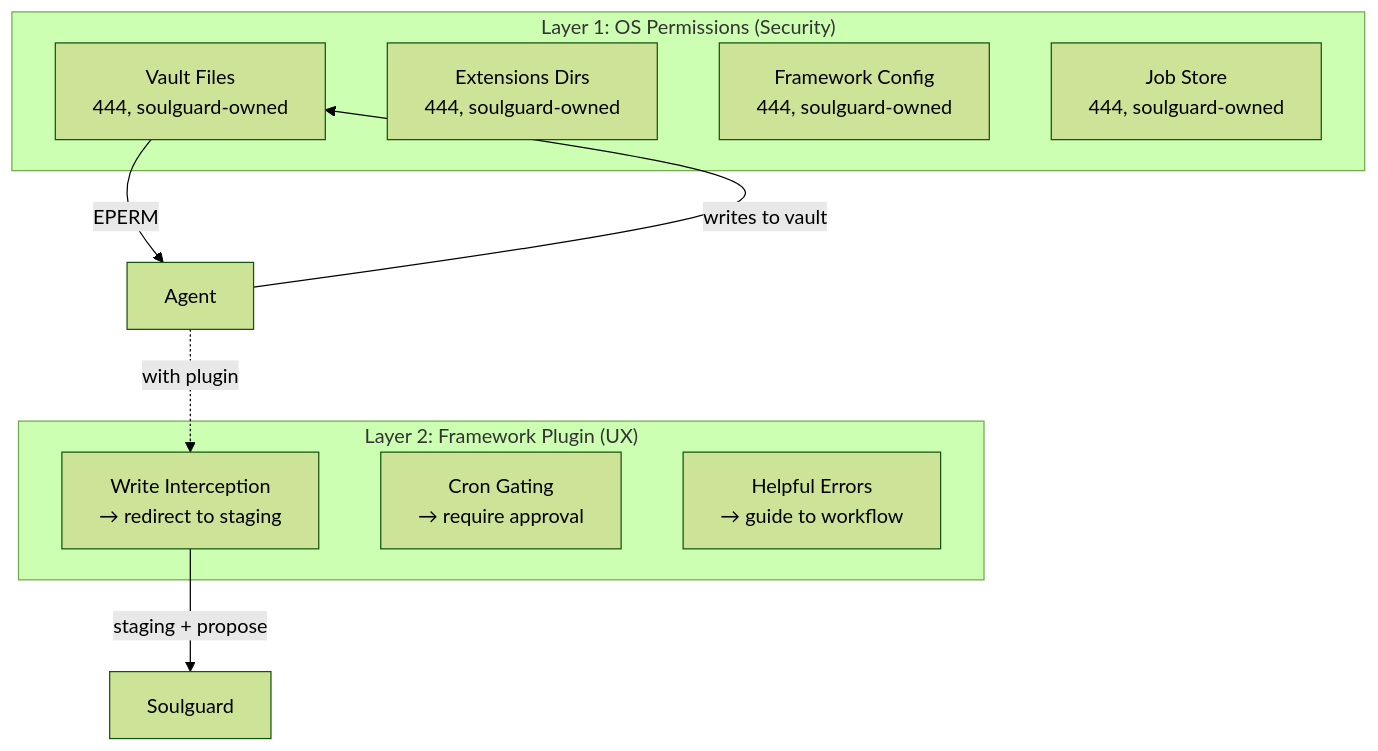
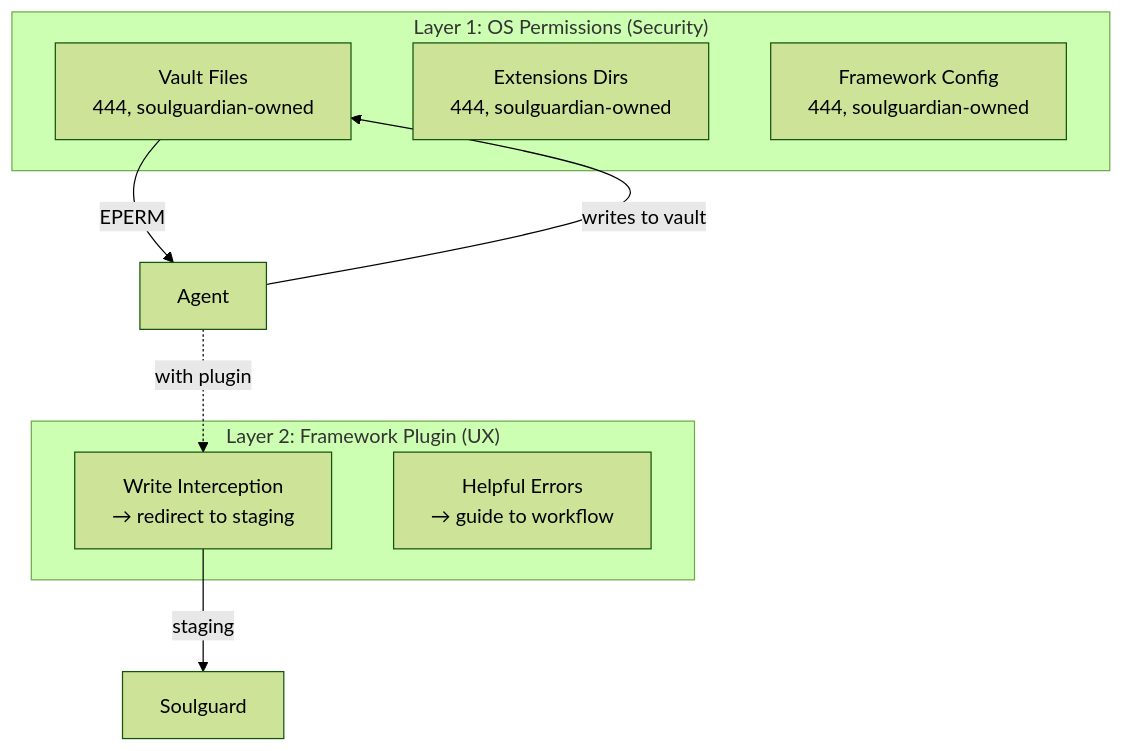
One commit to Mirascope/soulguard changed the first of 3 diagrams in DESIGN.md. Above: the diagram before and after it, drawn with Mermaid (forest theme). The commit also changed other lines of this file and 4 other files, not shown here.

````diff
--- a/DESIGN.md
+++ b/DESIGN.md
@@ -91,20 +84,18 @@
 ```mermaid
 graph TB
     subgraph "Layer 1: OS Permissions (Security)"
-        V[Vault Files<br/>444, soulguard-owned]
-        E[Extensions Dirs<br/>444, soulguard-owned]
-        C[Framework Config<br/>444, soulguard-owned]
-        J[Job Store<br/>444, soulguard-owned]
+        V[Vault Files<br/>444, soulguardian-owned]
+        E[Extensions Dirs<br/>444, soulguardian-owned]
+        C[Framework Config<br/>444, soulguardian-owned]
     end
 
     subgraph "Layer 2: Framework Plugin (UX)"
         FW[Write Interception<br/>→ redirect to staging]
-        FC[Cron Gating<br/>→ require approval]
         FE[Helpful Errors<br/>→ guide to workflow]
     end
 
     A[Agent] -->|writes to vault| V
     V -->|EPERM| A
     A -.->|with plugin| FW
-    FW -->|staging + propose| D[Soulguard]
+    FW -->|staging| D[Soulguard]
 ```
````
